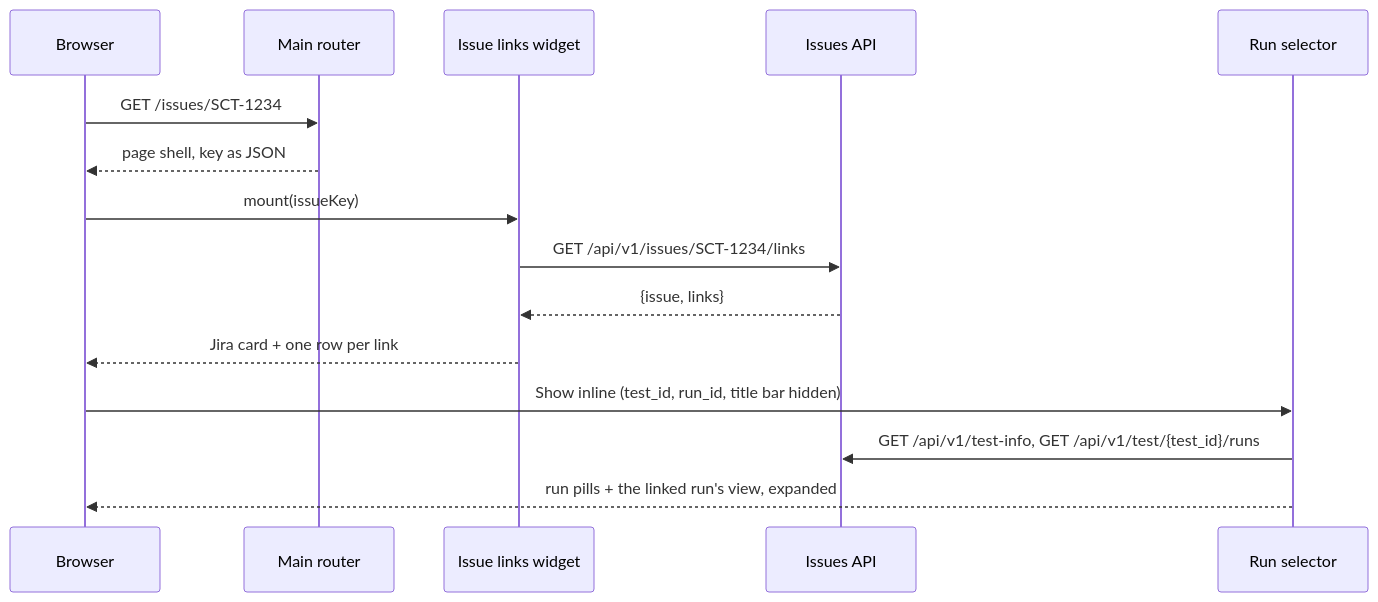
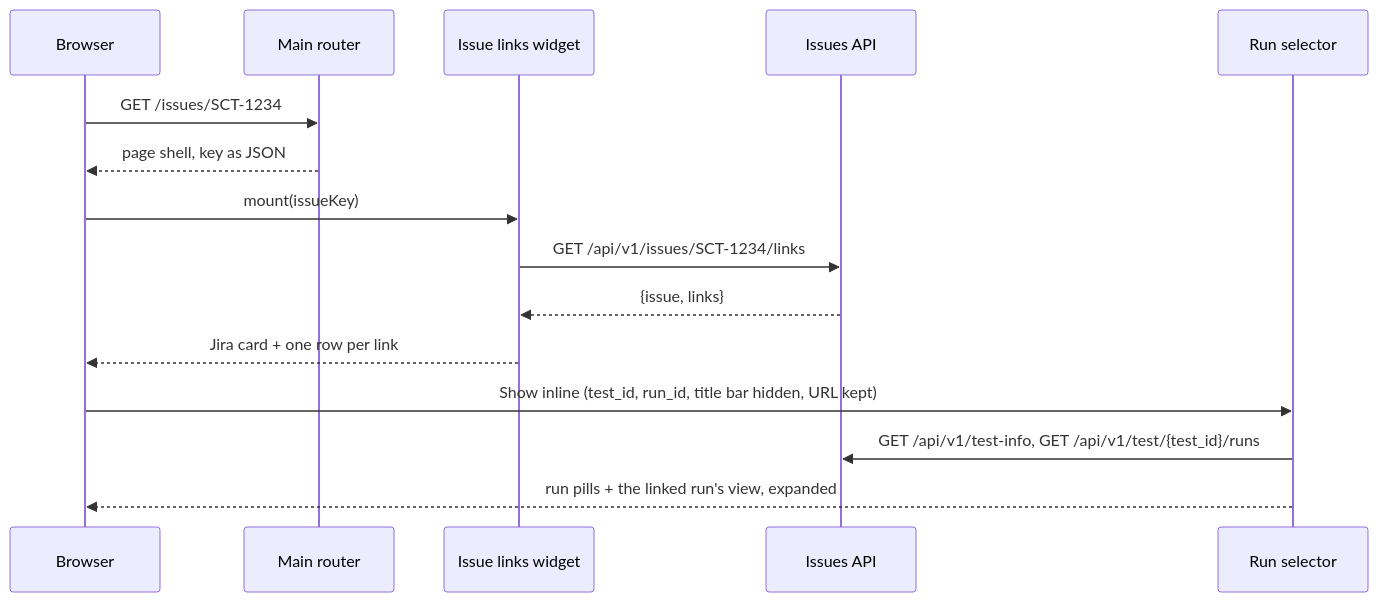
One commit to scylladb/argus changed the first of 2 diagrams in tasks/ARGUS-210/spec.md. Above: the diagram before and after it, drawn with Mermaid. The commit also changed other lines of this file and 20 other files, not shown here.

First line of the commit message:
feature(issues): show the test runs linked to an issue key

````diff
--- a/tasks/ARGUS-210/spec.md
+++ b/tasks/ARGUS-210/spec.md
@@ -47,17 +53,17 @@
 ```mermaid
 sequenceDiagram
     participant B as Browser
     participant M as Main router
     participant W as Issue links widget
     participant A as Issues API
     participant S as Run selector
     B->>M: GET /issues/SCT-1234
     M-->>B: page shell, key as JSON
     B->>W: mount(issueKey)
     W->>A: GET /api/v1/issues/SCT-1234/links
     A-->>W: {issue, links}
     W-->>B: Jira card + one row per link
-    B->>S: Show inline (test_id, run_id, title bar hidden)
+    B->>S: Show inline (test_id, run_id, title bar hidden, URL kept)
     S->>A: GET /api/v1/test-info, GET /api/v1/test/{test_id}/runs
     S-->>B: run pills + the linked run's view, expanded
 ```
````
